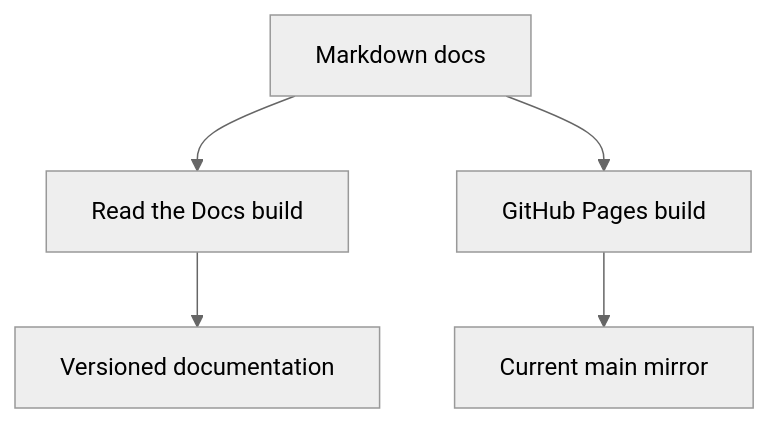
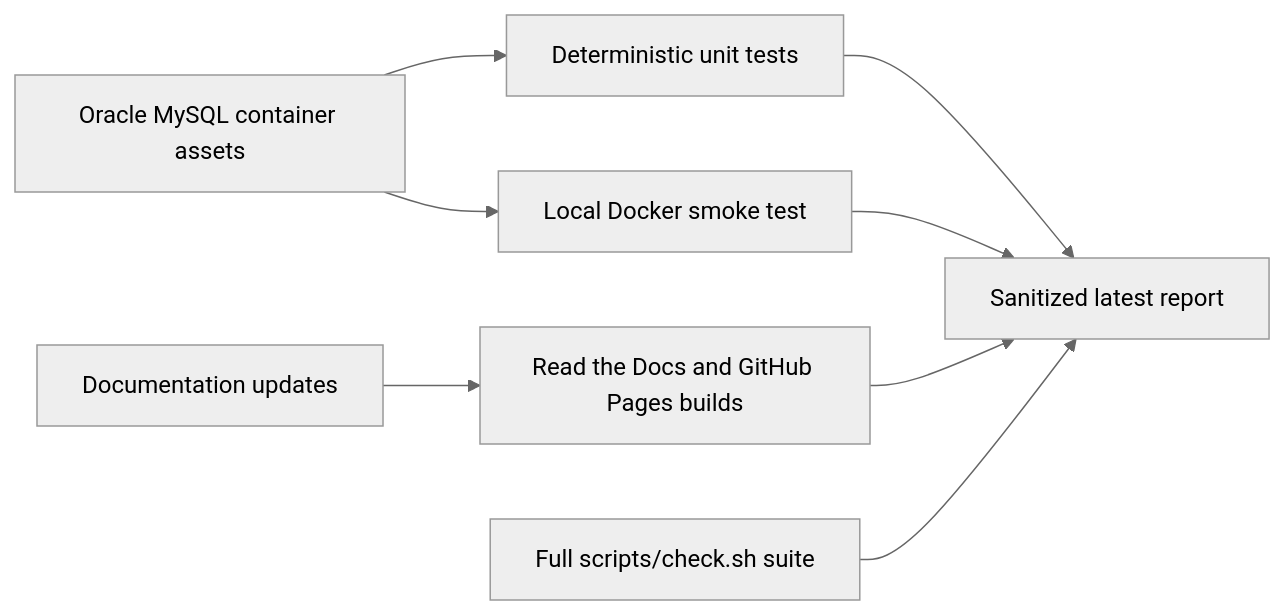
Before and after one commit to ProjectCuillin/nats-sinks: the diagram in docs/test-report.md, drawn with Mermaid (neutral theme). The commit also changed other lines of this file and 16 other files, not shown here.

Commit message:
Add Oracle MySQL test container

````diff
--- a/docs/test-report.md
+++ b/docs/test-report.md
@@ -1058,7 +34,10 @@
 ```mermaid
-flowchart TD
-    Docs[Markdown docs] --> RTD[Read the Docs build]
-    Docs --> Pages[GitHub Pages build]
-    RTD --> Versioned[Versioned documentation]
-    Pages --> MainMirror[Current main mirror]
+flowchart LR
+    Assets[Oracle MySQL container assets] --> Unit[Deterministic unit tests]
+    Assets --> Smoke[Local Docker smoke test]
+    Docs[Documentation updates] --> MkDocs[Read the Docs and GitHub Pages builds]
+    Unit --> Report[Sanitized latest report]
+    Smoke --> Report
+    MkDocs --> Report
+    Check[Full scripts/check.sh suite] --> Report
 ```
````
